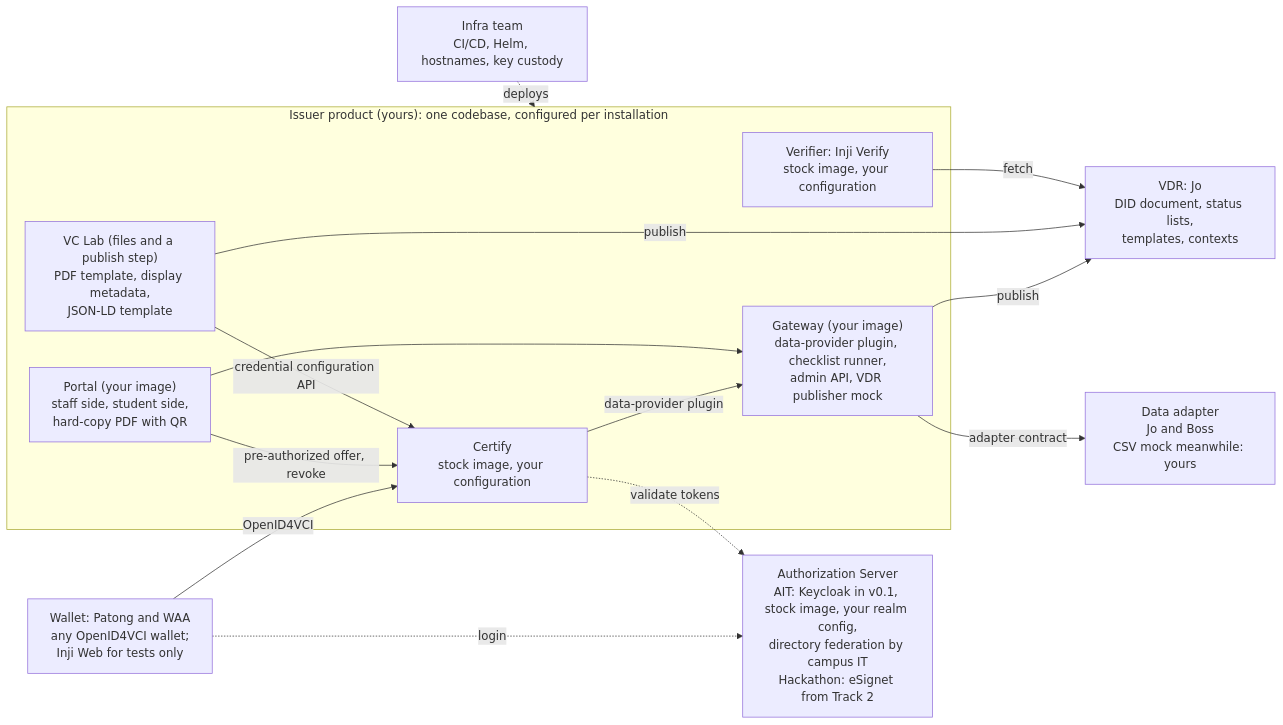
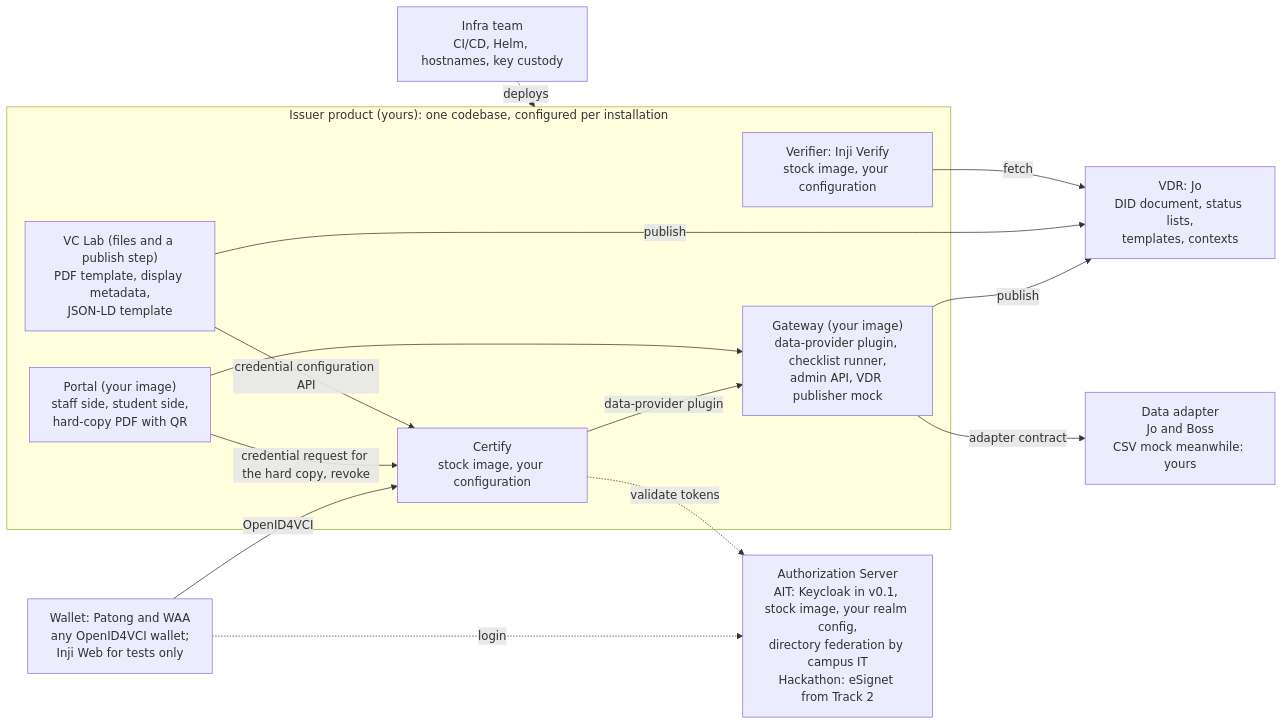
The diagram in wiki/project/issuer-v0.1/responsibilities.md (mosip-asia/ait-transcript), drawn with Mermaid before and after one commit. The commit also changed other lines of this file and 9 other files, not shown here.

````diff
--- a/wiki/project/issuer-v0.1/responsibilities.md
+++ b/wiki/project/issuer-v0.1/responsibilities.md
@@ -13,27 +13,27 @@
 ```mermaid
 flowchart LR
   subgraph Issuer["Issuer product (yours): one codebase, configured per installation"]
     Gateway["Gateway (your image)<br/>data-provider plugin, checklist runner,<br/>admin API, VDR publisher mock"]
     Portal["Portal (your image)<br/>staff side, student side,<br/>hard-copy PDF with QR"]
     Certify["Certify<br/>stock image, your configuration"]
     Verifier["Verifier: Inji Verify<br/>stock image, your configuration"]
     Lab["VC Lab (files and a publish step)<br/>PDF template, display metadata,<br/>JSON-LD template"]
   end
   AS["Authorization Server<br/>AIT: Keycloak in v0.1, stock image, your realm config,<br/>directory federation by campus IT<br/>Hackathon: eSignet from Track 2"]
   Adapter["Data adapter<br/>Jo and Boss<br/>CSV mock meanwhile: yours"]
   VDR["VDR: Jo<br/>DID document, status lists,<br/>templates, contexts"]
   Wallet["Wallet: Patong and WAA<br/>any OpenID4VCI wallet;<br/>Inji Web for tests only"]
   Infra["Infra team<br/>CI/CD, Helm, hostnames, key custody"]
   Wallet -->|OpenID4VCI| Certify
   Certify -->|data-provider plugin| Gateway
   Gateway -->|adapter contract| Adapter
   Portal --> Gateway
-  Portal -->|pre-authorized offer, revoke| Certify
+  Portal -->|credential request for the hard copy, revoke| Certify
   Gateway -->|publish| VDR
   Lab -->|publish| VDR
   Lab -->|credential configuration API| Certify
   Verifier -->|fetch| VDR
   Wallet -.->|login| AS
   Certify -.->|validate tokens| AS
   Infra -.->|deploys| Issuer
 ```
````
